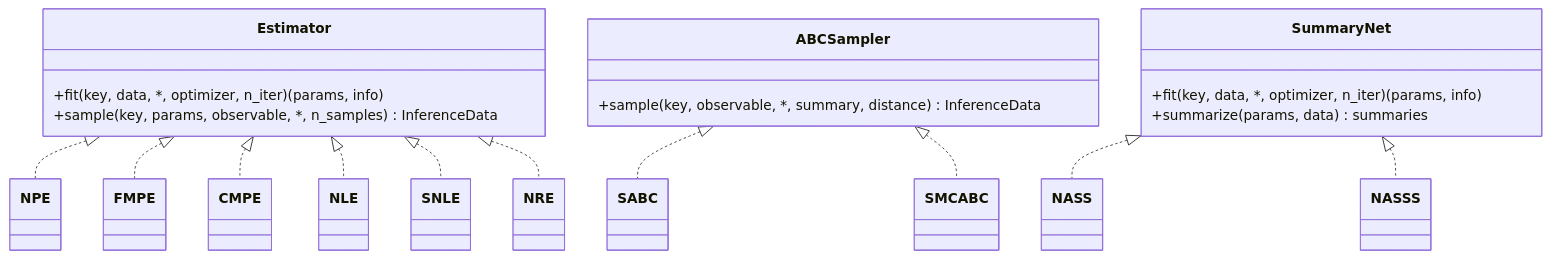
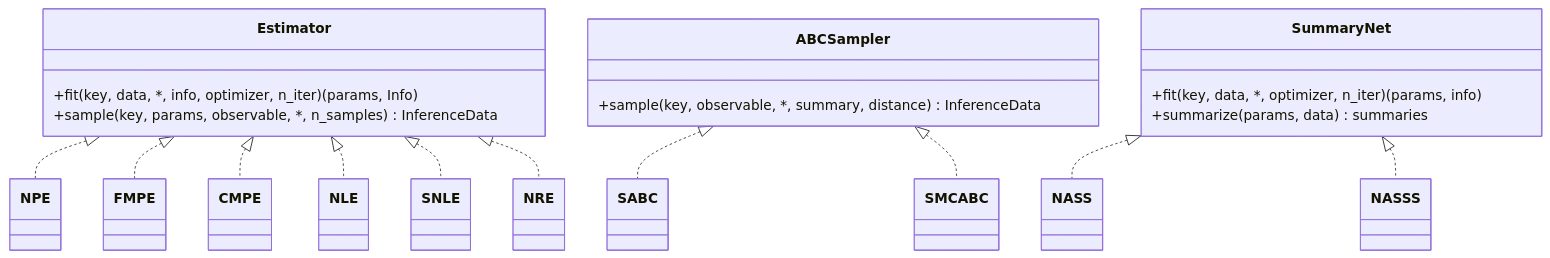
The second of 5 diagrams in docs/architecture/architecture.md (dirmeier/sbijax), drawn with Mermaid before and after one commit. The commit also changed other lines of this file and 2 other files, not shown here.

Commit message:
docs: record DR-011 per-method Info decision

````diff
--- a/docs/architecture/architecture.md
+++ b/docs/architecture/architecture.md
@@ -117,24 +117,24 @@
 ```mermaid
 classDiagram
   class Estimator {
-    +fit(key, data, *, optimizer, n_iter) (params, info)
+    +fit(key, data, *, info, optimizer, n_iter) (params, Info)
     +sample(key, params, observable, *, n_samples) InferenceData
   }
   class ABCSampler {
     +sample(key, observable, *, summary, distance) InferenceData
   }
   class SummaryNet {
     +fit(key, data, *, optimizer, n_iter) (params, info)
     +summarize(params, data) summaries
   }
   Estimator <|.. NPE
   Estimator <|.. FMPE
   Estimator <|.. CMPE
   Estimator <|.. NLE
   Estimator <|.. SNLE
   Estimator <|.. NRE
   ABCSampler <|.. SABC
   ABCSampler <|.. SMCABC
   SummaryNet <|.. NASS
   SummaryNet <|.. NASSS
 ```
````
